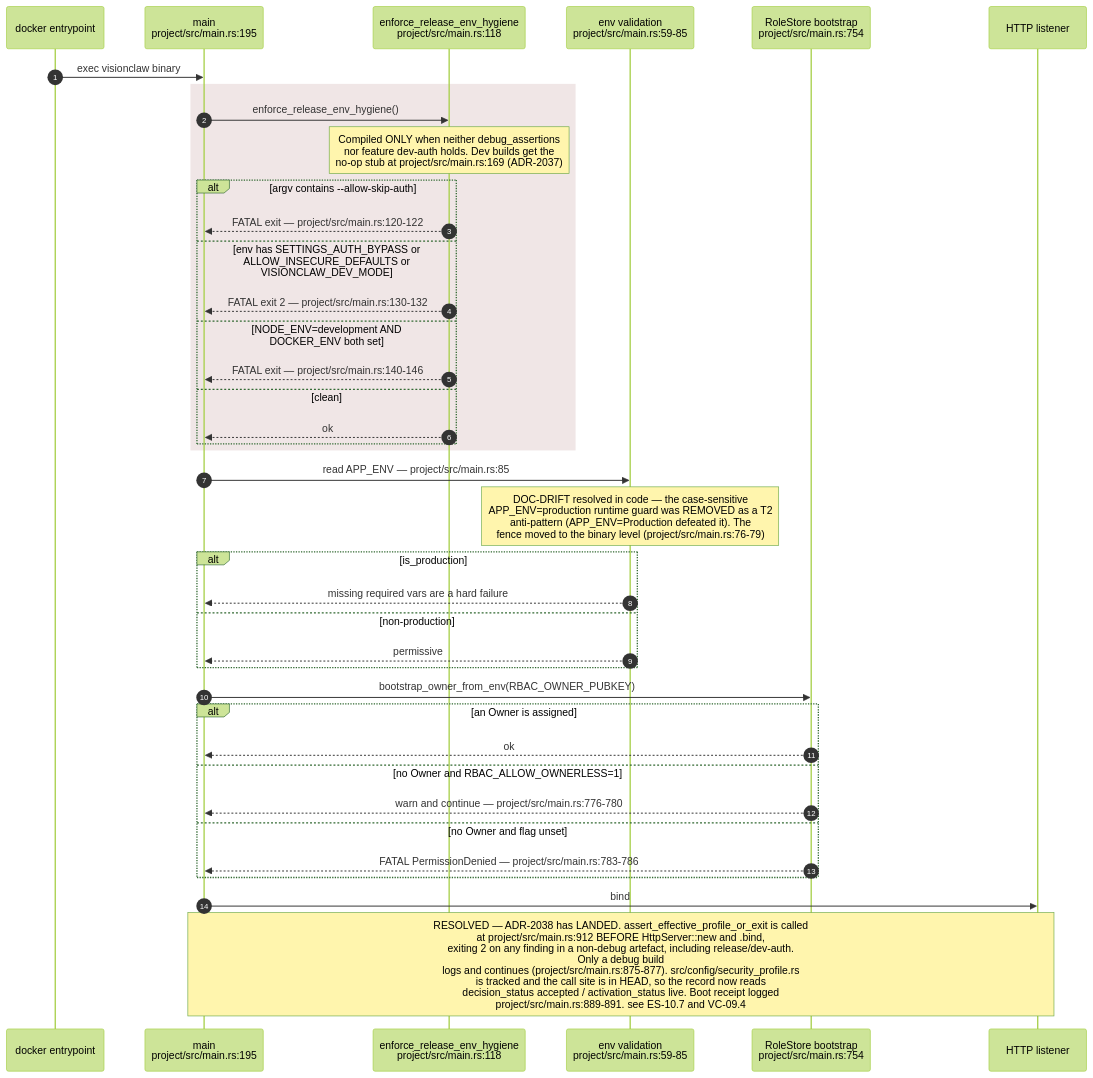
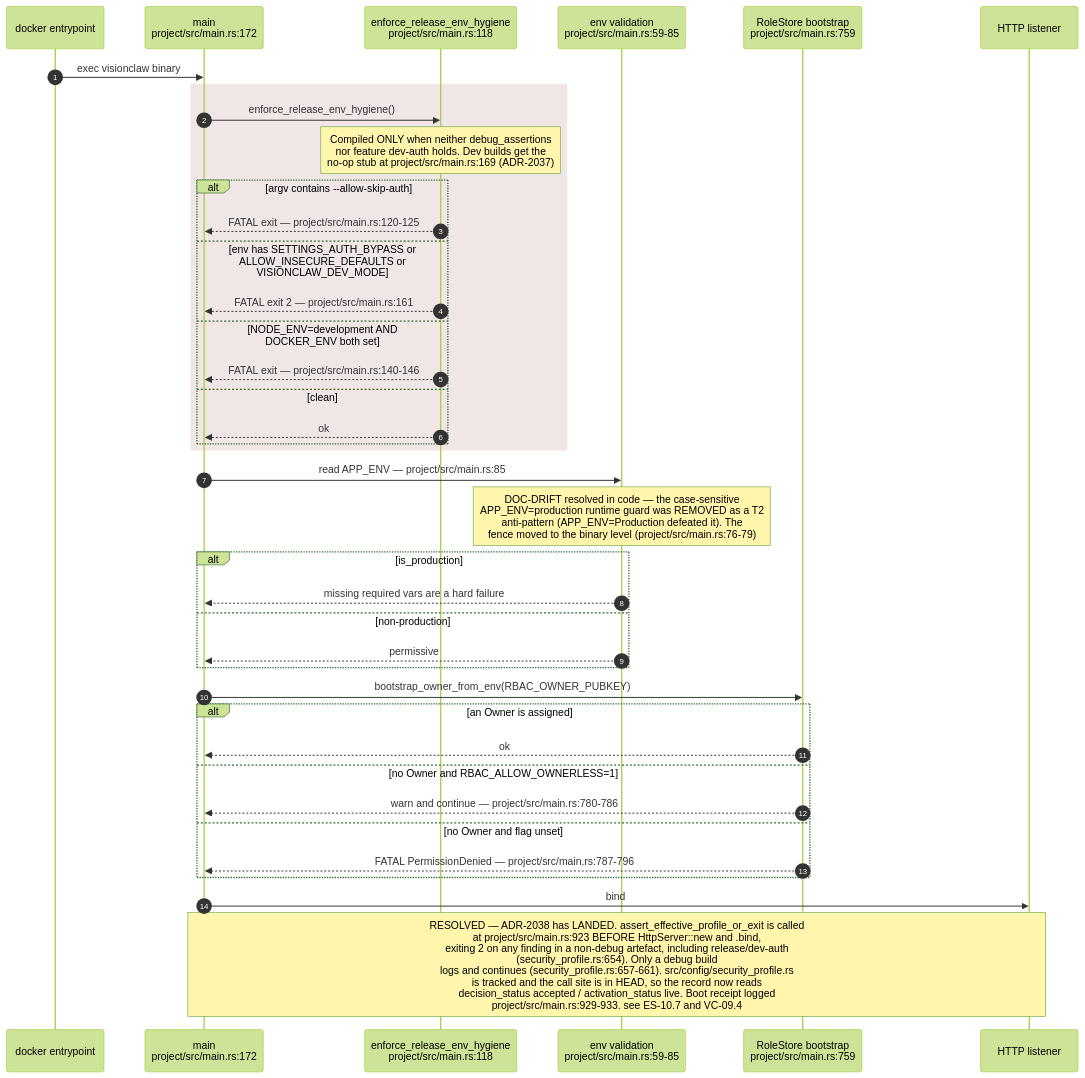
The second of 10 diagrams in docs/diagrams/estate/10-deployment-and-security-profiles.md (DreamLab-AI/VisionFlow), drawn with Mermaid (forest theme) before and after one commit. The commit also changed other lines of this file and 136 other files, not shown here.

First line of the commit message:
docs(diagrams): refresh the whole corpus to code HEAD and prune low-value diagrams

````diff
--- a/docs/diagrams/estate/10-deployment-and-security-profiles.md
+++ b/docs/diagrams/estate/10-deployment-and-security-profiles.md
@@ -86,42 +86,42 @@
 ```mermaid
 sequenceDiagram
     autonumber
     participant OS as docker entrypoint
-    participant M as main<br/>project/src/main.rs:195
+    participant M as main<br/>project/src/main.rs:172
     participant EH as enforce_release_env_hygiene<br/>project/src/main.rs:118
     participant EV as env validation<br/>project/src/main.rs:59-85
-    participant RS as RoleStore bootstrap<br/>project/src/main.rs:754
+    participant RS as RoleStore bootstrap<br/>project/src/main.rs:759
     participant L as HTTP listener
 
     OS->>M: exec visionclaw binary
     rect rgb(240,230,230)
     M->>EH: enforce_release_env_hygiene()
     Note over EH: Compiled ONLY when neither debug_assertions<br/>nor feature dev-auth holds. Dev builds get the<br/>no-op stub at project/src/main.rs:169 (ADR-2037)
     alt argv contains --allow-skip-auth
-        EH-->>M: FATAL exit — project/src/main.rs:120-122
+        EH-->>M: FATAL exit — project/src/main.rs:120-125
     else env has SETTINGS_AUTH_BYPASS or ALLOW_INSECURE_DEFAULTS or VISIONCLAW_DEV_MODE
-        EH-->>M: FATAL exit 2 — project/src/main.rs:130-132
+        EH-->>M: FATAL exit 2 — project/src/main.rs:161
     else NODE_ENV=development AND DOCKER_ENV both set
         EH-->>M: FATAL exit — project/src/main.rs:140-146
     else clean
         EH-->>M: ok
     end
     end
     M->>EV: read APP_ENV — project/src/main.rs:85
     Note over EV: DOC-DRIFT resolved in code — the case-sensitive<br/>APP_ENV=production runtime guard was REMOVED as a T2<br/>anti-pattern (APP_ENV=Production defeated it). The<br/>fence moved to the binary level (project/src/main.rs:76-79)
     alt is_production
         EV-->>M: missing required vars are a hard failure
     else non-production
         EV-->>M: permissive
     end
     M->>RS: bootstrap_owner_from_env(RBAC_OWNER_PUBKEY)
     alt an Owner is assigned
         RS-->>M: ok
     else no Owner and RBAC_ALLOW_OWNERLESS=1
-        RS-->>M: warn and continue — project/src/main.rs:776-780
+        RS-->>M: warn and continue — project/src/main.rs:780-786
     else no Owner and flag unset
-        RS-->>M: FATAL PermissionDenied — project/src/main.rs:783-786
+        RS-->>M: FATAL PermissionDenied — project/src/main.rs:787-796
     end
     M->>L: bind
-    Note over M,L: RESOLVED — ADR-2038 has LANDED. assert_effective_profile_or_exit is called<br/>at project/src/main.rs:912 BEFORE HttpServer::new and .bind,<br/>exiting 2 on any finding in a non-debug artefact, including release/dev-auth.<br/>Only a debug build<br/>logs and continues (project/src/main.rs:875-877). src/config/security_profile.rs<br/>is tracked and the call site is in HEAD, so the record now reads<br/>decision_status accepted / activation_status live. Boot receipt logged<br/>project/src/main.rs:889-891. see ES-10.7 and VC-09.4
+    Note over M,L: RESOLVED — ADR-2038 has LANDED. assert_effective_profile_or_exit is called<br/>at project/src/main.rs:923 BEFORE HttpServer::new and .bind,<br/>exiting 2 on any finding in a non-debug artefact, including release/dev-auth<br/>(security_profile.rs:654). Only a debug build<br/>logs and continues (security_profile.rs:657-661). src/config/security_profile.rs<br/>is tracked and the call site is in HEAD, so the record now reads<br/>decision_status accepted / activation_status live. Boot receipt logged<br/>project/src/main.rs:929-933. see ES-10.7 and VC-09.4
 ```
````
